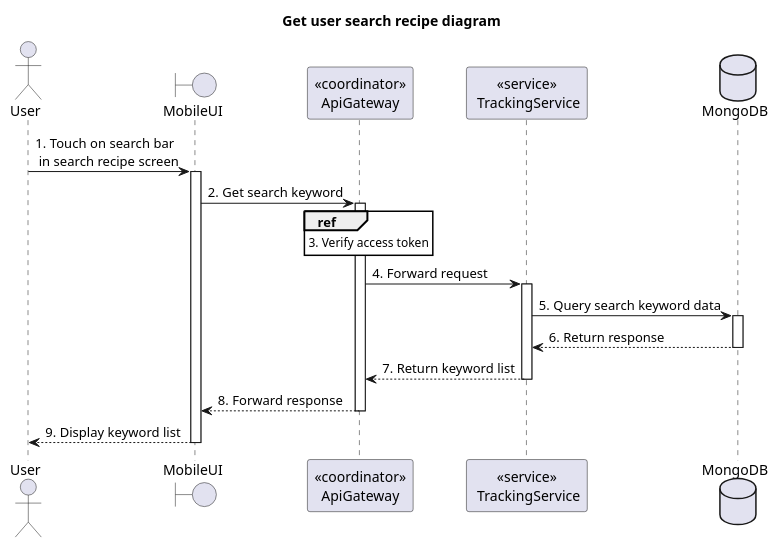
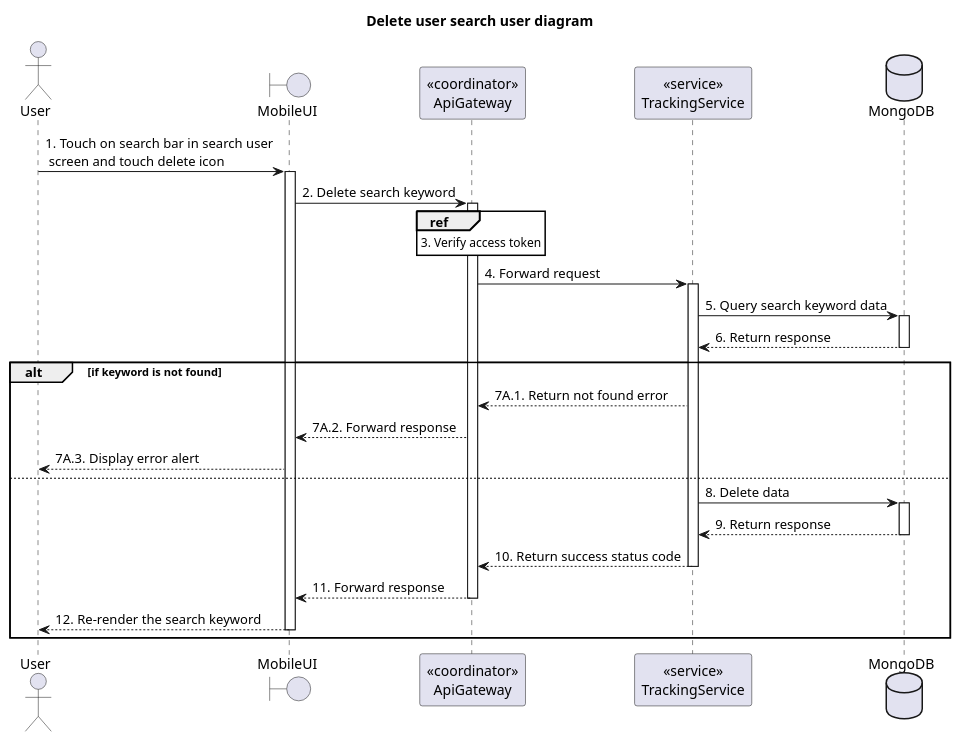
The diagram in doc/SDS/Tracking/User/DeleteUserSearchUser/Sequence.plantuml (Carl-Johnsons/tastopia), drawn with PlantUML before and after one commit. The commit also changed 15 other files, not shown here.

Commit message:
be: add tracking diagrams

```diff
--- a/doc/SDS/Tracking/User/DeleteUserSearchUser/Sequence.plantuml
+++ b/doc/SDS/Tracking/User/DeleteUserSearchUser/Sequence.plantuml
@@ -1,32 +1,40 @@
 @startuml Sequence
-title "Get user search recipe diagram"
+title "Delete user search user diagram"
 ' Style section
 <style>
   sequenceDiagram {
     reference {
       BackGroundColor white
     }
 }
 </style>
 
 actor User
 boundary MobileUI
 participant "<<coordinator>>\nApiGateway" as ApiGateway
-participant "<<service>>\n TrackingService" as TrackingService
+participant "<<service>>\nTrackingService" as TrackingService
 database MongoDB
 
-User -> MobileUI++: 1. Touch on search bar \n in search recipe screen
+User -> MobileUI++: 1. Touch on search bar in search user\n screen and touch delete icon
 
-MobileUI -> ApiGateway++: 2. Get search keyword
+MobileUI -> ApiGateway++: 2. Delete search keyword
 
 ref over ApiGateway: 3. Verify access token
 
 ApiGateway -> TrackingService++: 4. Forward request
 
 TrackingService -> MongoDB++: 5. Query search keyword data
 TrackingService <-- MongoDB--: 6. Return response
-ApiGateway <-- TrackingService--: 7. Return keyword list
-MobileUI <-- ApiGateway--: 8. Forward response
-User <-- MobileUI--: 9. Display keyword list
+alt if keyword is not found
+  ApiGateway <-- TrackingService: 7A.1. Return not found error
+  MobileUI <-- ApiGateway: 7A.2. Forward response
+  User <-- MobileUI: 7A.3. Display error alert
+else
+  TrackingService -> MongoDB ++: 8. Delete data
+  TrackingService <-- MongoDB --: 9. Return response
+  ApiGateway <-- TrackingService--: 10. Return success status code
+  MobileUI <-- ApiGateway--: 11. Forward response
+  User <-- MobileUI--: 12. Re-render the search keyword
+end
 
 @enduml
```
